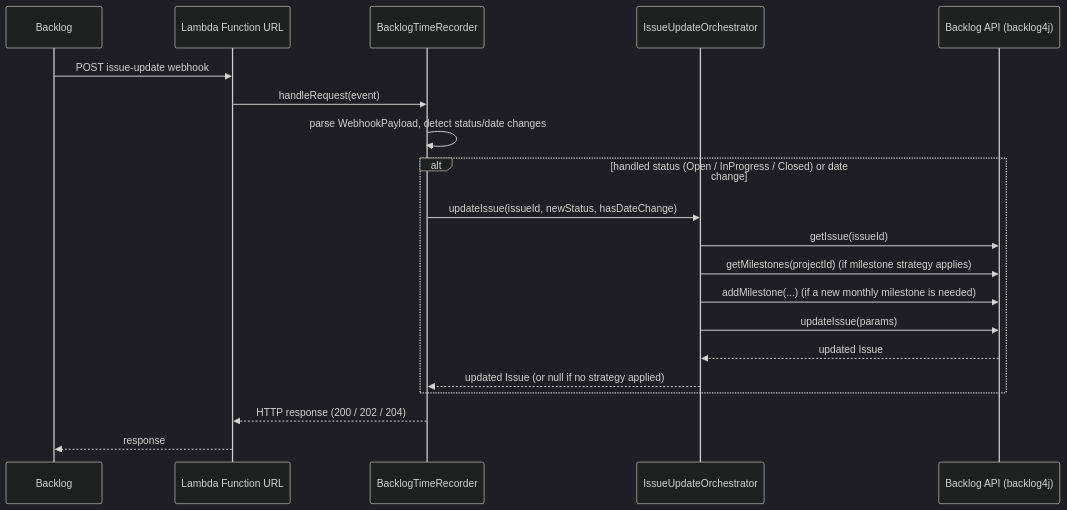
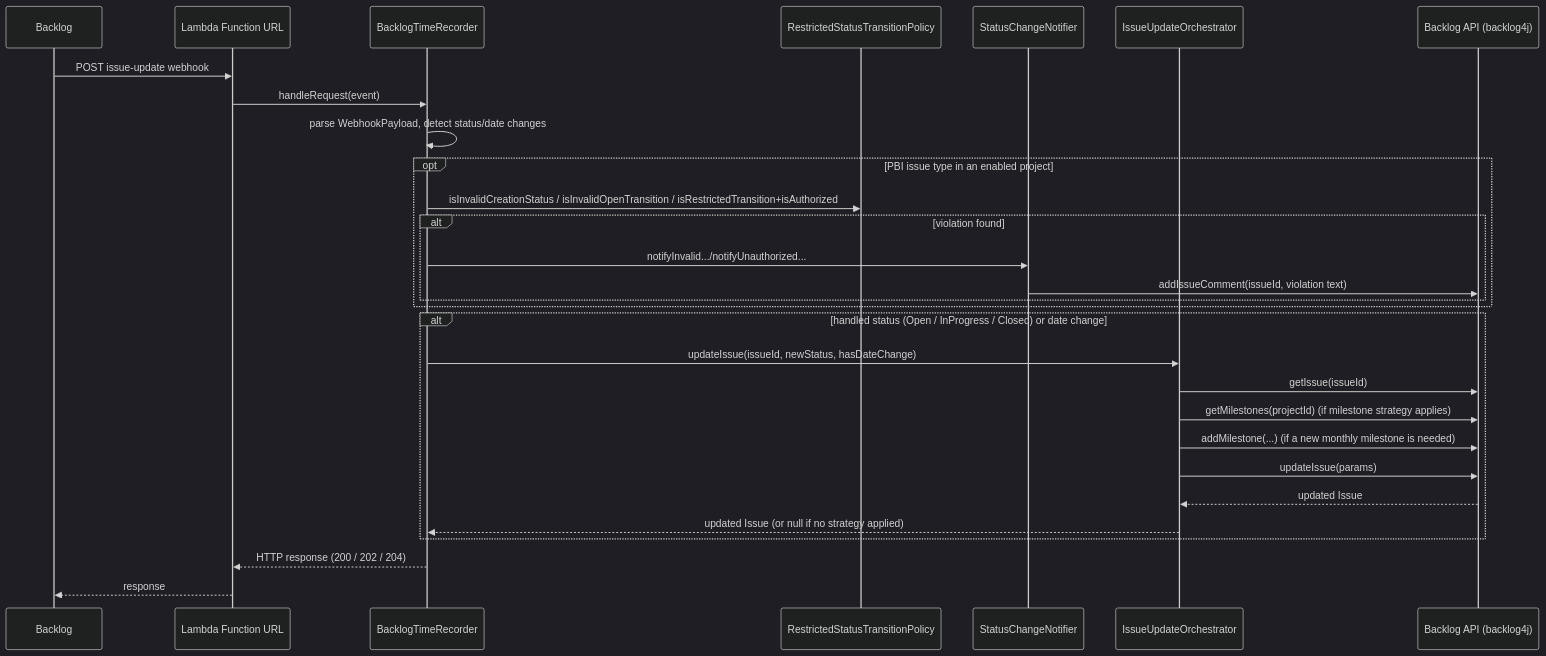
The second of 2 diagrams in docs/architecture/system-architecture.md (FaberTechnology/backlog-time-recorder), drawn with Mermaid (dark theme) before and after one commit. The commit also changed other lines of this file, not shown here.

First line of the commit message:
docs: add PBI status-validation architecture to system design

````diff
--- a/docs/architecture/system-architecture.md
+++ b/docs/architecture/system-architecture.md
@@ -152,23 +192,32 @@
 ```mermaid
 sequenceDiagram
     participant Backlog
     participant FnURL as Lambda Function URL
     participant Handler as BacklogTimeRecorder
+    participant Policy as RestrictedStatusTransitionPolicy
+    participant Notifier as StatusChangeNotifier
     participant Orchestrator as IssueUpdateOrchestrator
     participant API as Backlog API (backlog4j)
 
     Backlog->>FnURL: POST issue-update webhook
     FnURL->>Handler: handleRequest(event)
     Handler->>Handler: parse WebhookPayload, detect status/date changes
+    opt PBI issue type in an enabled project
+        Handler->>Policy: isInvalidCreationStatus / isInvalidOpenTransition / isRestrictedTransition+isAuthorized
+        alt violation found
+            Handler->>Notifier: notifyInvalid.../notifyUnauthorized...
+            Notifier->>API: addIssueComment(issueId, violation text)
+        end
+    end
     alt handled status (Open / InProgress / Closed) or date change
         Handler->>Orchestrator: updateIssue(issueId, newStatus, hasDateChange)
         Orchestrator->>API: getIssue(issueId)
         Orchestrator->>API: getMilestones(projectId) (if milestone strategy applies)
         Orchestrator->>API: addMilestone(...) (if a new monthly milestone is needed)
         Orchestrator->>API: updateIssue(params)
         API-->>Orchestrator: updated Issue
         Orchestrator-->>Handler: updated Issue (or null if no strategy applied)
     end
     Handler-->>FnURL: HTTP response (200 / 202 / 204)
     FnURL-->>Backlog: response
 ```
````
